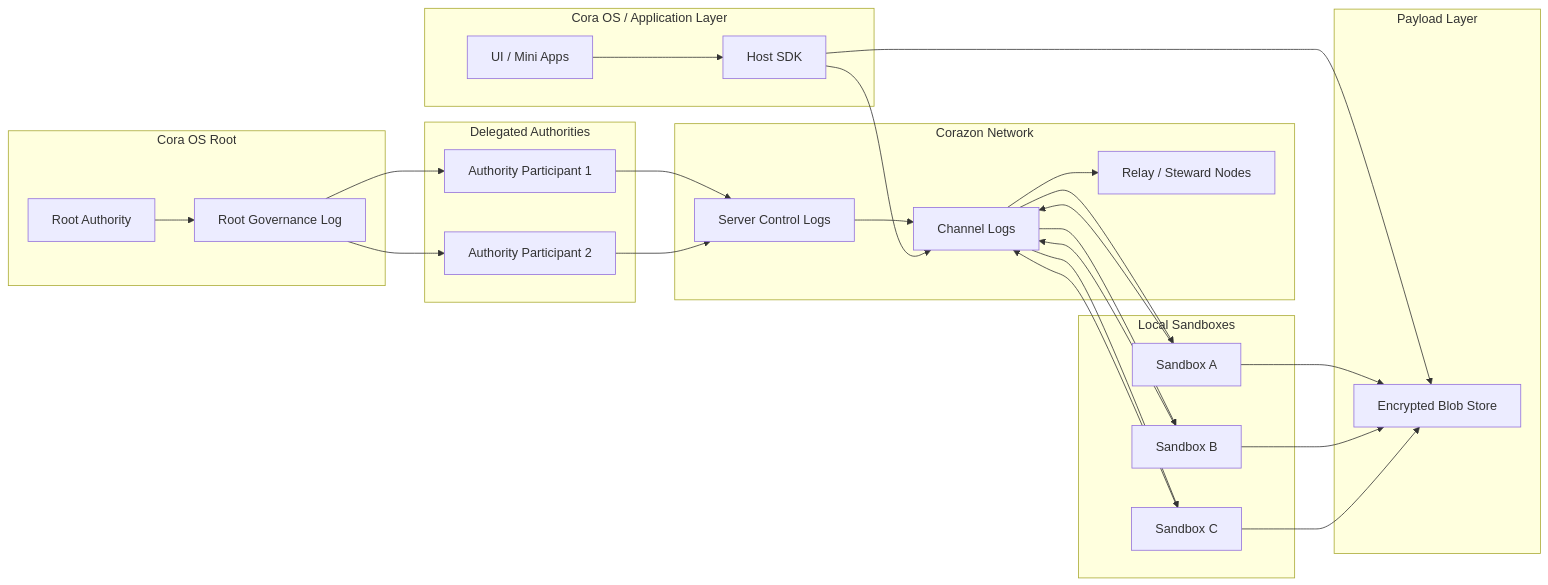
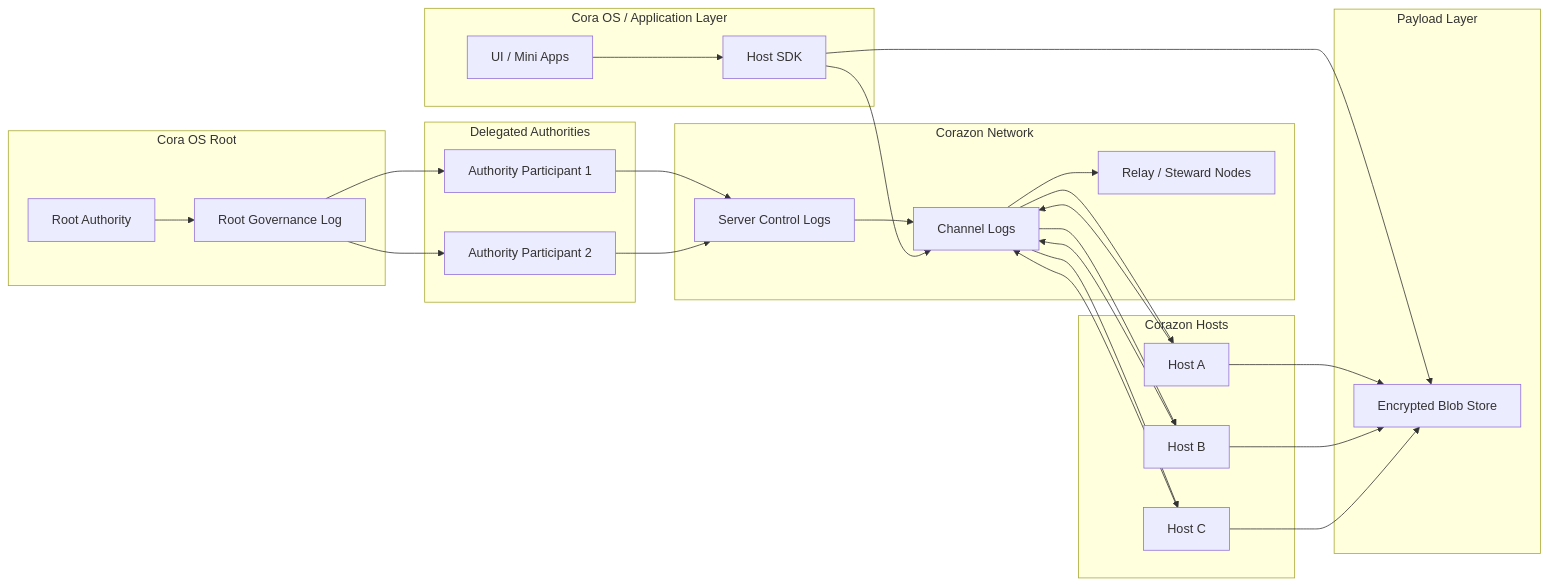
Before and after one commit to animata-systems/meta-design: the second of 2 diagrams in 2026-04-03-architecture-session/01-layers.md, drawn with Mermaid. The commit also changed other lines of this file and 23 other files, not shown here.

First line of the commit message:
Refactor "sandbox" terminology to "Corazon Host"

````diff
--- a/2026-04-03-architecture-session/01-layers.md
+++ b/2026-04-03-architecture-session/01-layers.md
@@ -92,58 +92,58 @@
 ```mermaid
 flowchart LR
     subgraph ROOT["Cora OS Root"]
         R1["Root Governance Log"]
         R2["Root Authority"]
     end
 
     subgraph AUTH["Delegated Authorities"]
         A1["Authority Participant 1"]
         A2["Authority Participant 2"]
     end
 
     subgraph NET["Corazon Network"]
         N1["Server Control Logs"]
         N2["Channel Logs"]
         N3["Relay / Steward Nodes"]
     end
 
     subgraph STORAGE["Payload Layer"]
         P1["Encrypted Blob Store"]
     end
 
     subgraph APP["Cora OS / Application Layer"]
         U1["UI / Mini Apps"]
         U2["Host SDK"]
     end
 
-    subgraph EDGE["Local Sandboxes"]
-        S1["Sandbox A"]
-        S2["Sandbox B"]
-        S3["Sandbox C"]
+    subgraph EDGE["Corazon Hosts"]
+        S1["Host A"]
+        S2["Host B"]
+        S3["Host C"]
     end
 
     R2 --> R1
     R1 --> A1
     R1 --> A2
 
     A1 --> N1
     A2 --> N1
     N1 --> N2
     N2 --> N3
 
     U1 --> U2
     U2 --> N2
     U2 --> P1
 
     S1 --> N2
     S2 --> N2
     S3 --> N2
 
     S1 --> P1
     S2 --> P1
     S3 --> P1
 
     N2 --> S1
     N2 --> S2
     N2 --> S3
 ```
````
